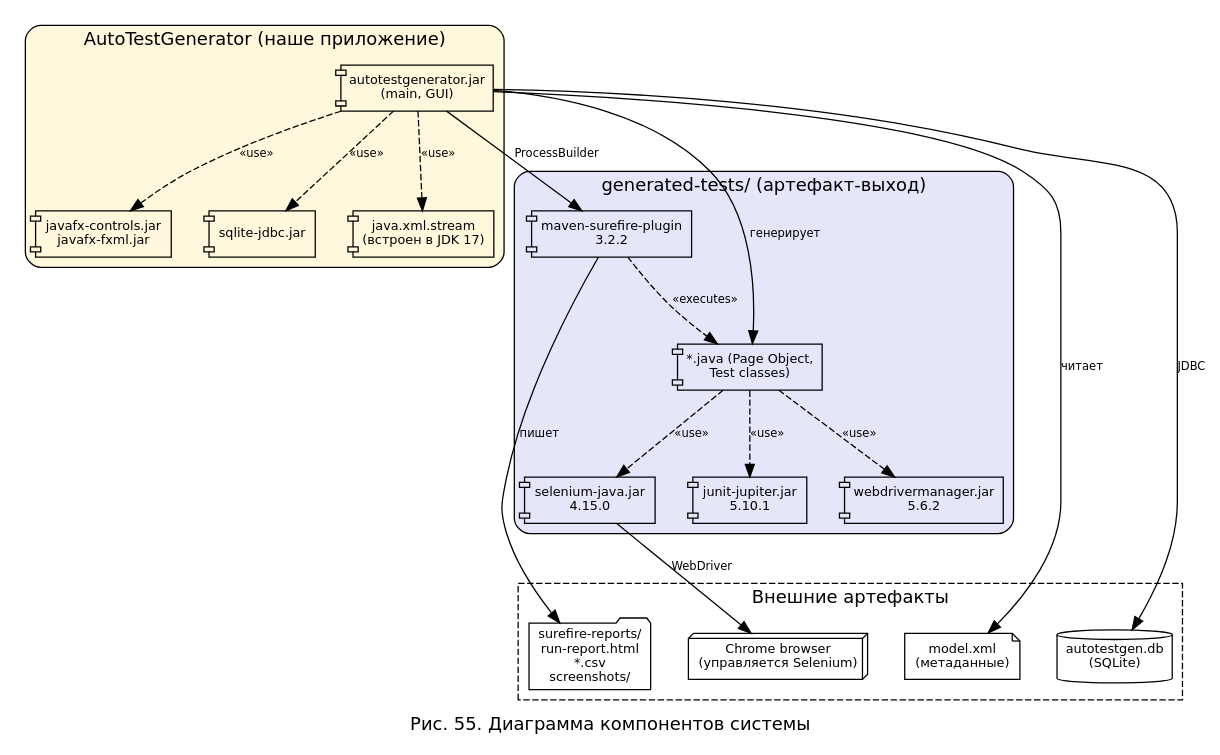
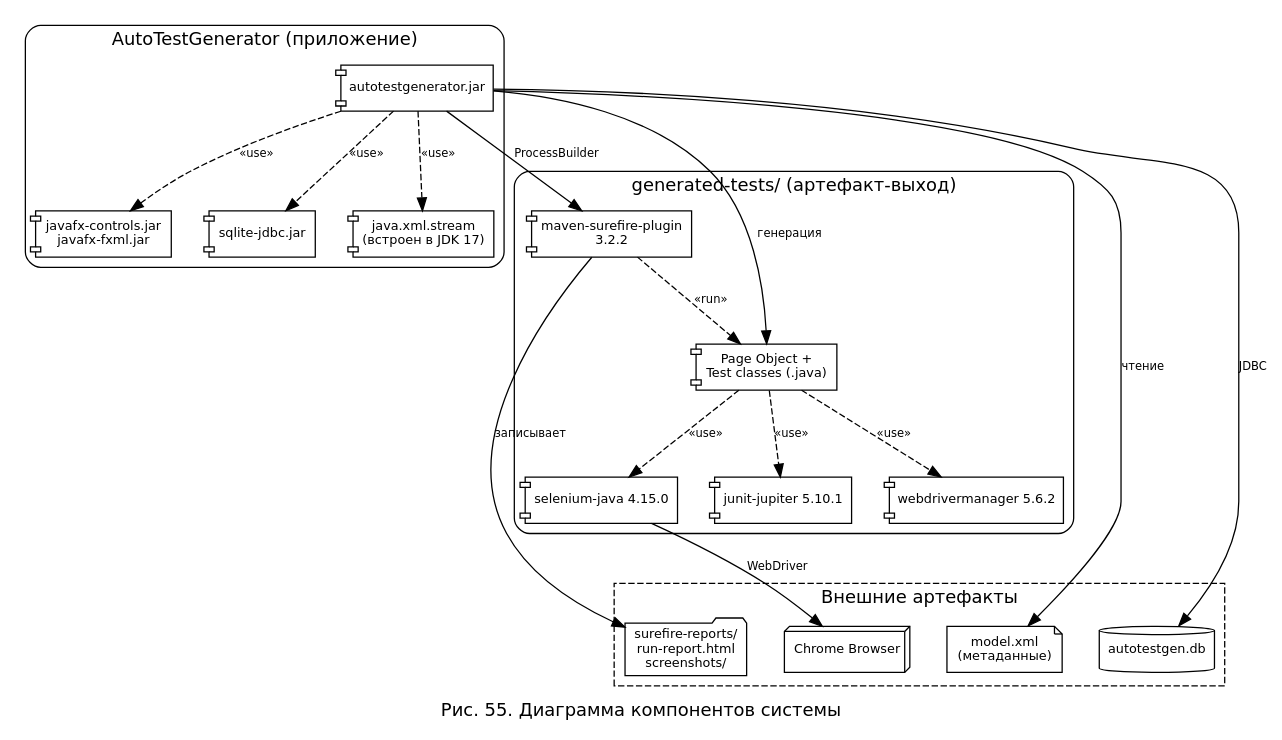
The diagram in diagrams/components.dot (nastolbov/AutoTestGeneratorUpdate), drawn with Graphviz before and after one commit. The commit also changed 37 other files, not shown here.

```diff
--- a/diagrams/components.dot
+++ b/diagrams/components.dot
@@ -1,59 +1,45 @@
 digraph Components {
-    rankdir=TB;
-    fontname="DejaVu Sans";
-    label="Рис. 55. Диаграмма компонентов системы";
-    labelloc="b";
-    fontsize=14;
-    nodesep=0.4;
-    ranksep=0.8;
-
-    node [fontname="DejaVu Sans", fontsize=10];
-    edge [fontname="DejaVu Sans", fontsize=9];
+    rankdir=TB; fontname="DejaVu Sans"; fontsize=14;
+    label="Рис. 55. Диаграмма компонентов системы"; labelloc=b;
+    nodesep=0.4; ranksep=0.8;
+    node [fontname="DejaVu Sans", fontsize=10, style=filled, fillcolor=white];
+    edge [color=black, fontname="DejaVu Sans", fontsize=9];
 
     subgraph cluster_app {
-        label="AutoTestGenerator (наше приложение)";
-        style="rounded,filled"; fillcolor="#FFF8DC"; labelloc=t;
-
-        AppExe   [shape=component, label="autotestgenerator.jar\n(main, GUI)"];
-        JavaFX   [shape=component, label="javafx-controls.jar\njavafx-fxml.jar"];
-        SQLite   [shape=component, label="sqlite-jdbc.jar"];
-        StAX     [shape=component, label="java.xml.stream\n(встроен в JDK 17)"];
-
+        label="AutoTestGenerator (приложение)";
+        style=rounded; labelloc=t;
+        AppExe [shape=component, label="autotestgenerator.jar"];
+        JavaFX [shape=component, label="javafx-controls.jar\njavafx-fxml.jar"];
+        SQLite [shape=component, label="sqlite-jdbc.jar"];
+        StAX   [shape=component, label="java.xml.stream\n(встроен в JDK 17)"];
         AppExe -> JavaFX [style=dashed, label="«use»"];
         AppExe -> SQLite [style=dashed, label="«use»"];
         AppExe -> StAX   [style=dashed, label="«use»"];
     }
-
     subgraph cluster_gen {
         label="generated-tests/ (артефакт-выход)";
-        style="rounded,filled"; fillcolor="#E6E6FA"; labelloc=t;
-
-        GenJar   [shape=component, label="*.java (Page Object,\nTest classes)"];
-        Selenium [shape=component, label="selenium-java.jar\n4.15.0"];
-        JUnit5   [shape=component, label="junit-jupiter.jar\n5.10.1"];
-        WdM      [shape=component, label="webdrivermanager.jar\n5.6.2"];
+        style=rounded; labelloc=t;
+        GenJar   [shape=component, label="Page Object +\nTest classes (.java)"];
+        Selenium [shape=component, label="selenium-java 4.15.0"];
+        JUnit5   [shape=component, label="junit-jupiter 5.10.1"];
+        WdM      [shape=component, label="webdrivermanager 5.6.2"];
         Maven    [shape=component, label="maven-surefire-plugin\n3.2.2"];
-
         GenJar -> Selenium [style=dashed, label="«use»"];
         GenJar -> JUnit5   [style=dashed, label="«use»"];
         GenJar -> WdM      [style=dashed, label="«use»"];
-        Maven  -> GenJar   [style=dashed, label="«executes»"];
+        Maven  -> GenJar   [style=dashed, label="«run»"];
     }
-
-    subgraph cluster_external {
-        label="Внешние артефакты";
-        style="dashed"; labelloc=t;
-
-        XmlFile  [shape=note, label="model.xml\n(метаданные)"];
-        SQLiteDb [shape=cylinder, label="autotestgen.db\n(SQLite)"];
-        Chrome   [shape=box3d, label="Chrome browser\n(управляется Selenium)"];
-        Reports  [shape=folder, label="surefire-reports/\nrun-report.html\n*.csv\nscreenshots/"];
+    subgraph cluster_ext {
+        label="Внешние артефакты"; style=dashed; labelloc=t;
+        XmlFile  [shape=note,     label="model.xml\n(метаданные)"];
+        SQLiteDb [shape=cylinder, label="autotestgen.db"];
+        Chrome   [shape=box3d,    label="Chrome Browser"];
+        Reports  [shape=folder,   label="surefire-reports/\nrun-report.html\nscreenshots/"];
     }
-
-    AppExe -> XmlFile  [label="читает"];
-    AppExe -> SQLiteDb [label="JDBC"];
-    AppExe -> GenJar   [label="генерирует"];
-    AppExe -> Maven    [label="ProcessBuilder"];
-    Selenium -> Chrome [label="WebDriver"];
-    Maven    -> Reports [label="пишет"];
+    AppExe   -> XmlFile  [label="чтение"];
+    AppExe   -> SQLiteDb [label="JDBC"];
+    AppExe   -> GenJar   [label="генерация"];
+    AppExe   -> Maven    [label="ProcessBuilder"];
+    Selenium -> Chrome   [label="WebDriver"];
+    Maven    -> Reports  [label="записывает"];
 }
```
